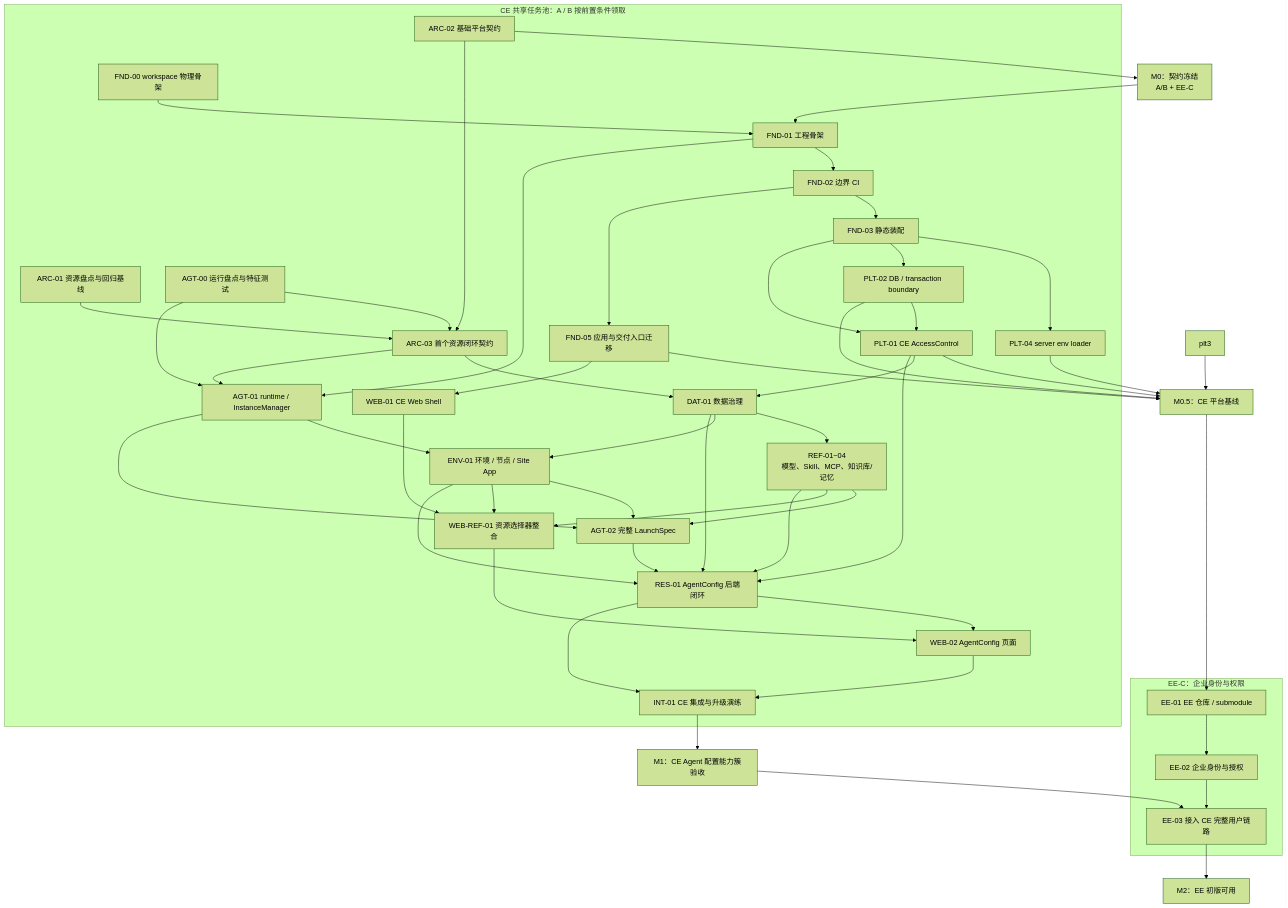
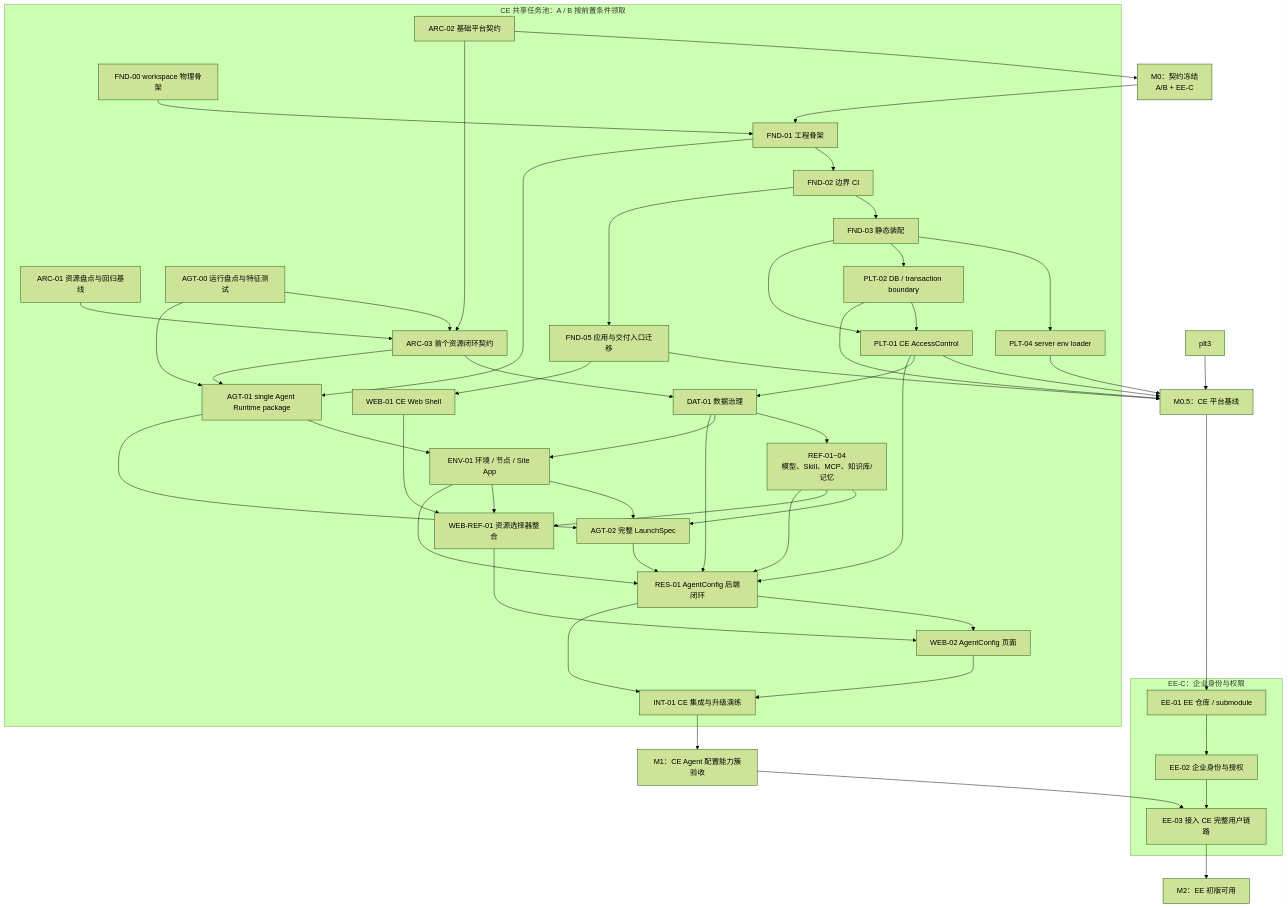
Before and after one commit to HuangPuStar/FenixAgent: the diagram in docs/design/ce-ee-refactoring/ce-ee-refactoring-collaboration-plan.md, drawn with Mermaid (forest theme). The commit also changed other lines of this file and 14 other files, not shown here.

First line of the commit message:
refactor(agent-runtime): 统一单包边界与静态装配命名

```diff
--- a/docs/design/ce-ee-refactoring/ce-ee-refactoring-collaboration-plan.md
+++ b/docs/design/ce-ee-refactoring/ce-ee-refactoring-collaboration-plan.md
@@ -88,7 +88,7 @@
     plt["PLT-01 CE AccessControl"]
     plt2["PLT-02 DB / transaction boundary"]
     dat["DAT-01 数据治理"]
-    agt1["AGT-01 runtime / InstanceManager"]
+    agt1["AGT-01 single Agent Runtime package"]
     refs["REF-01~04\n模型、Skill、MCP、知识库/记忆"]
     env["ENV-01 环境 / 节点 / Site App"]
     agt2["AGT-02 完整 LaunchSpec"]
```
